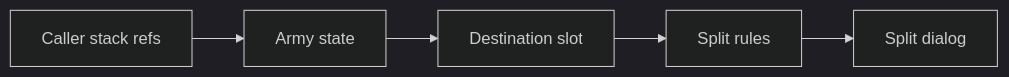
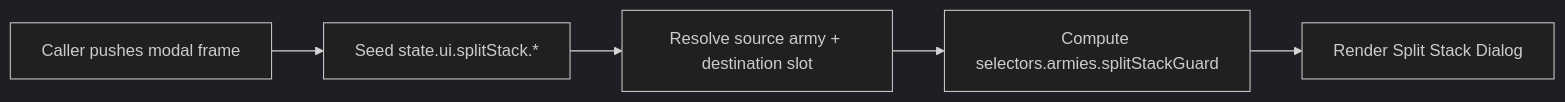
One commit to SunaNoOshiro/Heroes_Reforged_AI_Realms changed the second of 5 diagrams in docs/architecture/wiki/screens/51-split-stack-dialog/architecture.md. Above: the diagram before and after it, drawn with Mermaid (dark theme). The commit also changed other lines of this file and 518 other files, not shown here.

First line of the commit message:
Add doc-audit skill and sweep architecture/screen docs

````diff
--- a/docs/architecture/wiki/screens/51-split-stack-dialog/architecture.md
+++ b/docs/architecture/wiki/screens/51-split-stack-dialog/architecture.md
@@ -32,8 +39,8 @@
 ```mermaid
 flowchart LR
-  L0["Caller stack refs"] --> L1
-  L1["Army state"] --> L2
-  L2["Destination slot"] --> L3
-  L3["Split rules"] --> L4
-  L4["Split dialog"]
+  L0["Caller pushes modal frame"] --> L1
+  L1["Seed state.ui.splitStack.*"] --> L2
+  L2["Resolve source army + destination slot"] --> L3
+  L3["Compute selectors.armies.splitStackGuard"] --> L4
+  L4["Render Split Stack Dialog"]
 ```
````
